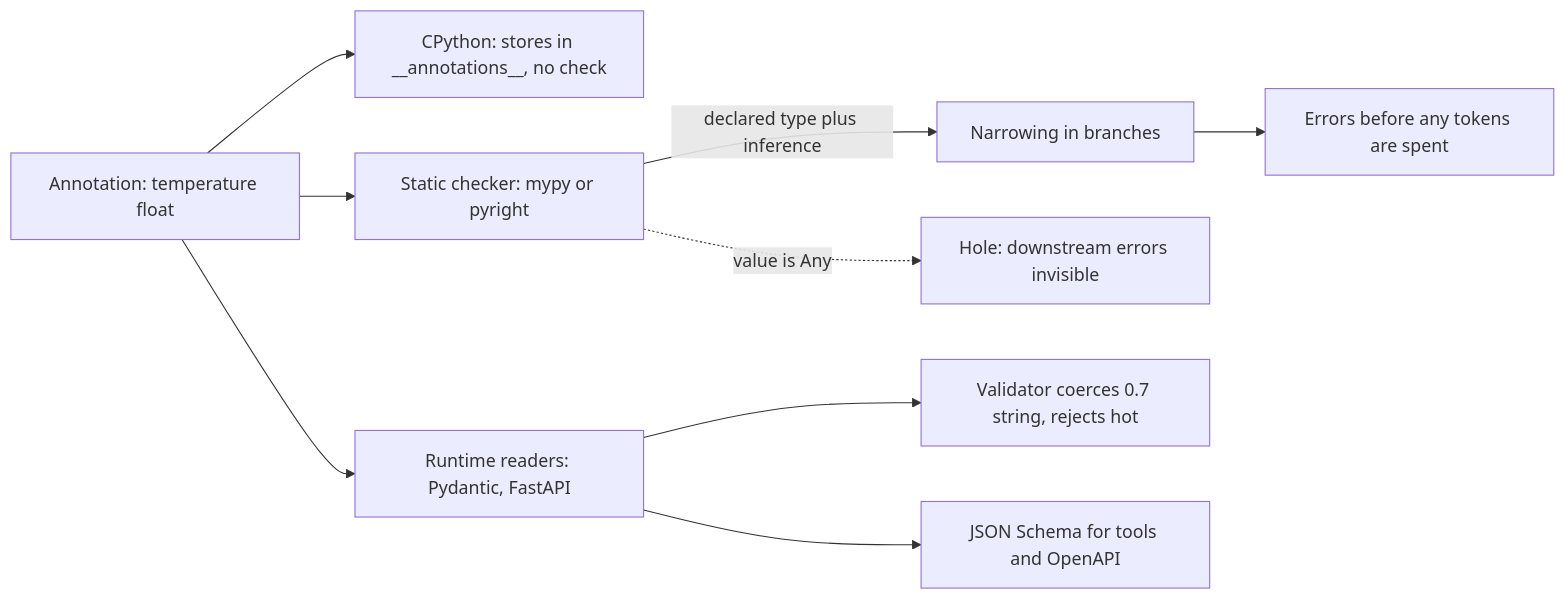
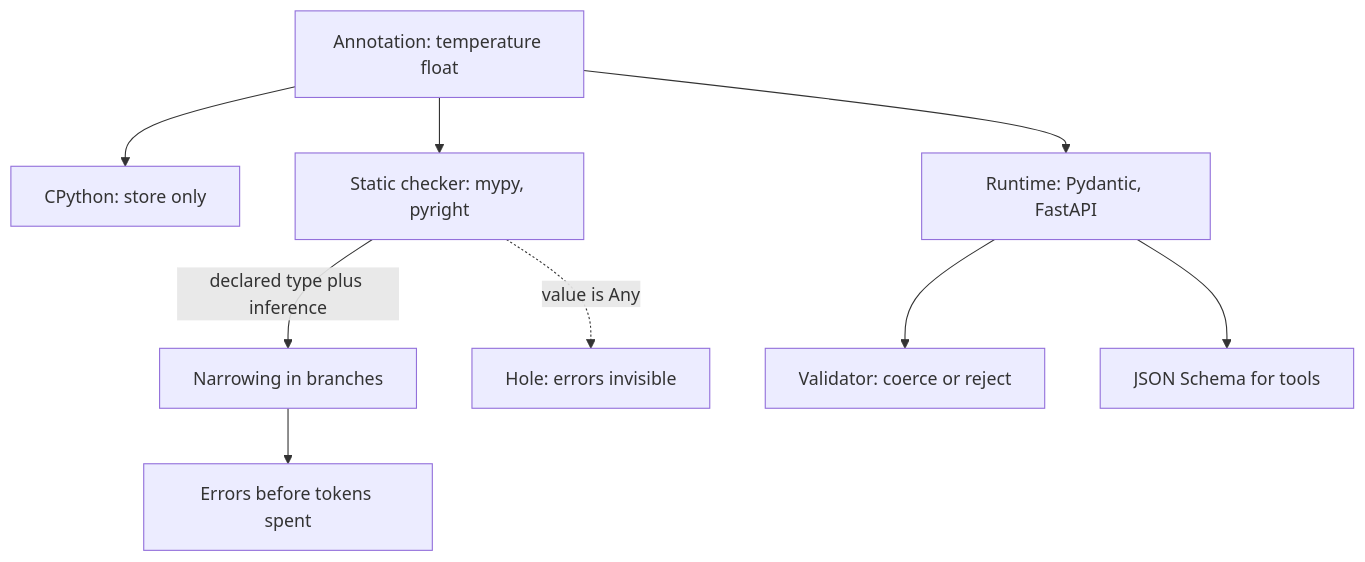
Before and after one commit to lovishmahajan97/agentic-learning: the diagram in content/python-for-ai/type-hints.md, drawn with Mermaid. The commit also changed other lines of this file and 81 other files, not shown here.

````diff
--- a/content/python-for-ai/type-hints.md
+++ b/content/python-for-ai/type-hints.md
@@ -121,11 +122,11 @@
 ```mermaid
-flowchart LR
-    A["Annotation: temperature float"] --> I["CPython: stores in __annotations__, no check"]
-    A --> C["Static checker: mypy or pyright"]
-    A --> R["Runtime readers: Pydantic, FastAPI"]
+flowchart TD
+    A["Annotation: temperature float"] --> I["CPython: store only"]
+    A --> C["Static checker: mypy, pyright"]
+    A --> R["Runtime: Pydantic, FastAPI"]
     C -->|"declared type plus inference"| N["Narrowing in branches"]
-    N --> E["Errors before any tokens are spent"]
-    C -.->|"value is Any"| H["Hole: downstream errors invisible"]
-    R --> V["Validator coerces 0.7 string, rejects hot"]
-    R --> S["JSON Schema for tools and OpenAPI"]
+    N --> E["Errors before tokens spent"]
+    C -.->|"value is Any"| H["Hole: errors invisible"]
+    R --> V["Validator: coerce or reject"]
+    R --> S["JSON Schema for tools"]
 ```
````
